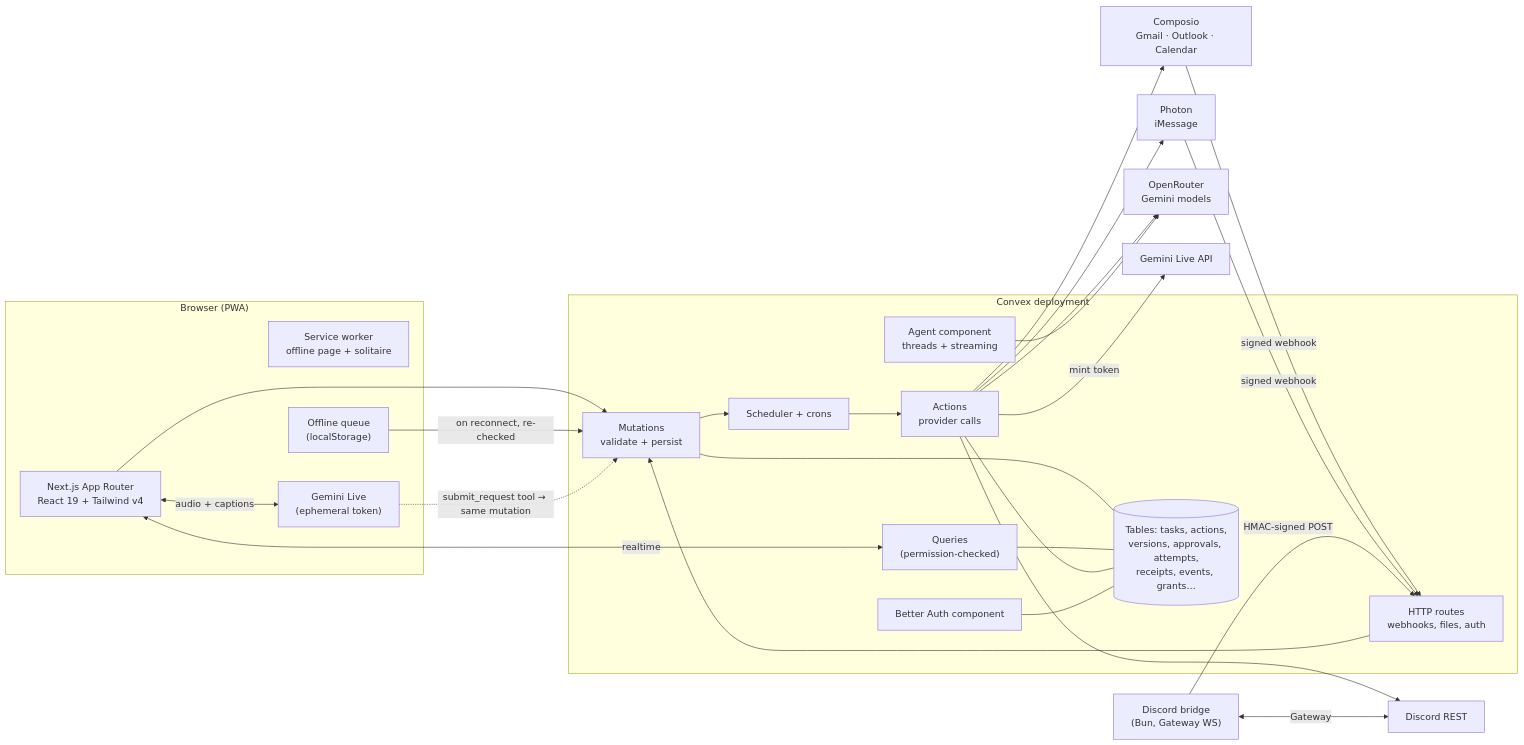
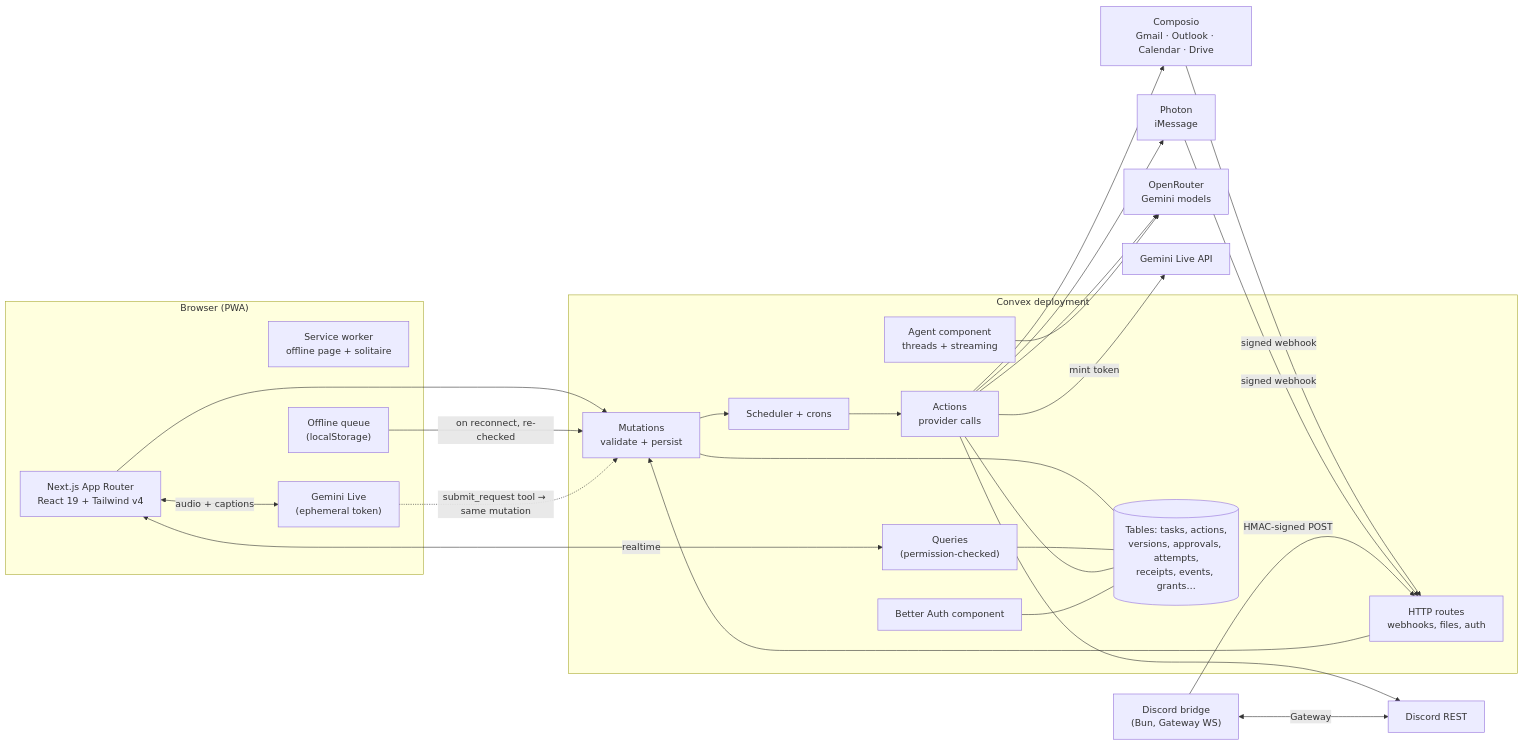
One commit to Algoltea/LifeLink changed the first of 3 diagrams in README.md. Above: the diagram before and after it, drawn with Mermaid. The commit also changed other lines of this file, not shown here.

First line of the commit message:
docs(readme): document the Google Drive connection

````diff
--- a/README.md
+++ b/README.md
@@ -173,44 +173,44 @@
 ```mermaid
 flowchart LR
   subgraph Browser["Browser (PWA)"]
     UI["Next.js App Router<br/>React 19 + Tailwind v4"]
     SW["Service worker<br/>offline page + solitaire"]
     Q["Offline queue<br/>(localStorage)"]
     Live["Gemini Live<br/>(ephemeral token)"]
   end
 
   subgraph Convex["Convex deployment"]
     Q1["Queries<br/>(permission-checked)"]
     M["Mutations<br/>validate + persist"]
     A["Actions<br/>provider calls"]
     S["Scheduler + crons"]
     H["HTTP routes<br/>webhooks, files, auth"]
     Agent["Agent component<br/>threads + streaming"]
     BA["Better Auth component"]
     DB[("Tables: tasks, actions,<br/>versions, approvals, attempts,<br/>receipts, events, grants…")]
   end
 
   Bridge["Discord bridge<br/>(Bun, Gateway WS)"]
   OR["OpenRouter<br/>Gemini models"]
   GL["Gemini Live API"]
-  CO["Composio<br/>Gmail · Outlook · Calendar"]
+  CO["Composio<br/>Gmail · Outlook · Calendar · Drive"]
   PH["Photon<br/>iMessage"]
   DI["Discord REST"]
 
   UI <-->|"realtime"| Q1
   UI --> M
   Q -->|"on reconnect, re-checked"| M
   UI <-->|"audio + captions"| Live
   Live -.->|"submit_request tool → same mutation"| M
   M --> S --> A
   A --> OR & CO & PH & DI
   A -->|"mint token"| GL
   Agent --> OR
   CO -->|"signed webhook"| H
   PH -->|"signed webhook"| H
   Bridge -->|"HMAC-signed POST"| H
   Bridge <-->|"Gateway"| DI
   H --> M
   M & Q1 & A --- DB
   BA --- DB
 ```
````
